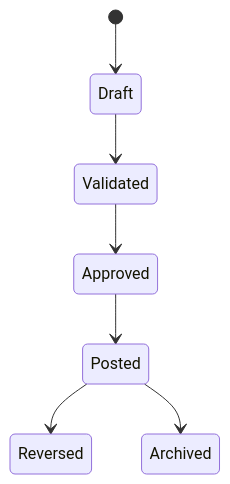
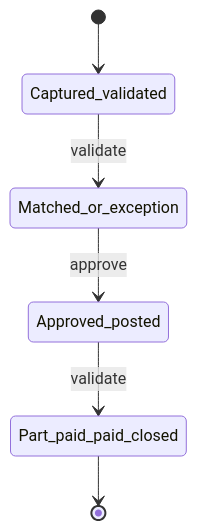
Before and after one commit to vakarkhan17/FlowCraft-Business-OS: diagram 18 of 46 in docs/blueprint/FCSB-Volume-14-Finance-Solution-Architecture.md, drawn with Mermaid. The commit also changed other lines of this file, not shown here.

Commit message:
docs(blueprint): rewrite FCSB Volume 14 finance architecture

```diff
--- a/docs/blueprint/FCSB-Volume-14-Finance-Solution-Architecture.md
+++ b/docs/blueprint/FCSB-Volume-14-Finance-Solution-Architecture.md
@@ -266,9 +347,8 @@
 ~~~mermaid
 stateDiagram-v2
-  [*] --> Draft
-  Draft --> Validated
-  Validated --> Approved
-  Approved --> Posted
-  Posted --> Reversed
-  Posted --> Archived
+  [*] --> Captured_validated
+  Captured_validated --> Matched_or_exception: validate
+  Matched_or_exception --> Approved_posted: approve
+  Approved_posted --> Part_paid_paid_closed: validate
+  Part_paid_paid_closed --> [*]
 ~~~
```
